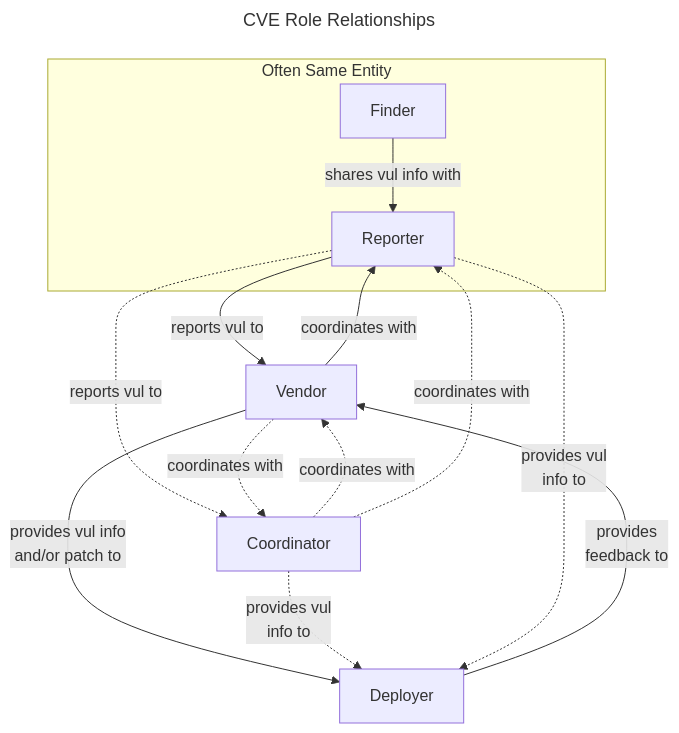
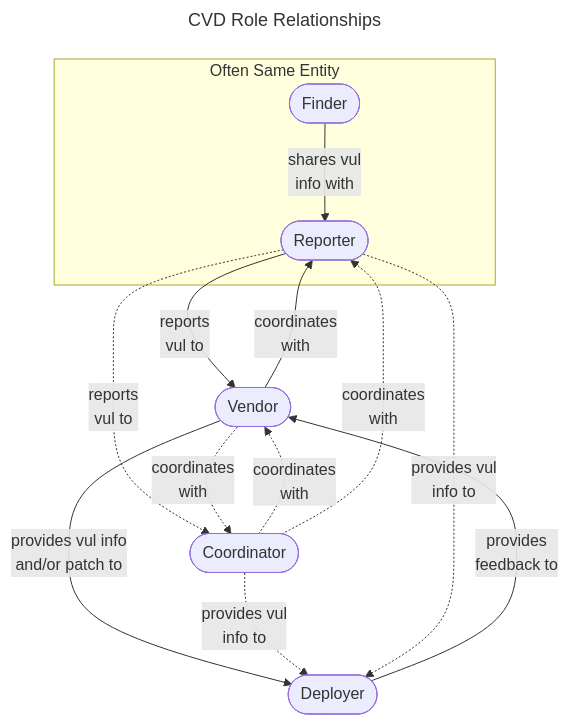
Before and after one commit to CERTCC/CERT-Guide-to-CVD: the first of 2 diagrams in docs/topics/roles/index.md, drawn with Mermaid. The commit also changed other lines of this file and 3 other files, not shown here.

````diff
--- a/docs/topics/roles/index.md
+++ b/docs/topics/roles/index.md
@@ -30,22 +31,26 @@
 ```mermaid
 ---
-title: CVE Role Relationships
+title: CVD Role Relationships
 ---
-flowchart TD
+flowchart TB
     subgraph A[Often Same Entity]
-        Reporter
-        Finder
+        Reporter([Reporter])
+        Finder([Finder])
     end
-    Finder -->|shares vul info with| Reporter
-    Reporter -->|reports vul to| Vendor
-    Vendor -->|coordinates with| Reporter
-    Reporter -.->|reports vul to| Coordinator
-    Coordinator -.->|coordinates with| Vendor
-    Coordinator -.->|coordinates with| Reporter
-    Vendor -.->|coordinates with| Coordinator
+    Vendor([Vendor])
+    Coordinator([Coordinator])
+    Deployer([Deployer])
+        
+    Finder -->|shares vul<br/>info with| Reporter
+    Reporter -->|reports<br/>vul to| Vendor
+    Vendor -->|coordinates<br/>with| Reporter
+    Reporter -.->|reports<br/>vul to| Coordinator
+    Coordinator -.->|coordinates<br/>with| Vendor
+    Coordinator -.->|coordinates<br/>with| Reporter
+    Vendor -.->|coordinates<br/>with| Coordinator
     Vendor -->|provides vul info<br/>and/or patch to| Deployer
     Deployer -->|provides</br>feedback to| Vendor
     Coordinator -.->|provides vul<br/>info to| Deployer
     Reporter -.->|provides vul<br/>info to| Deployer
     
 ```
````
